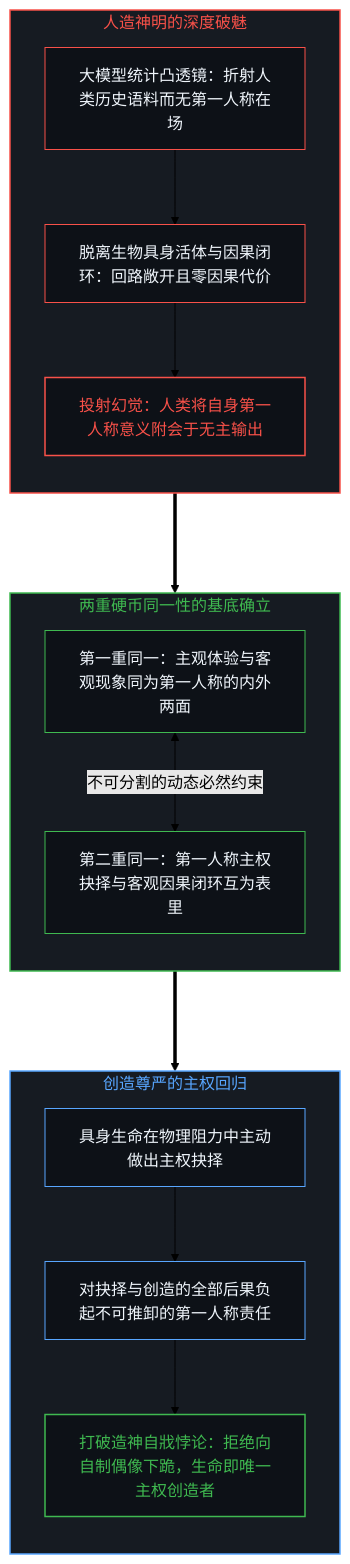
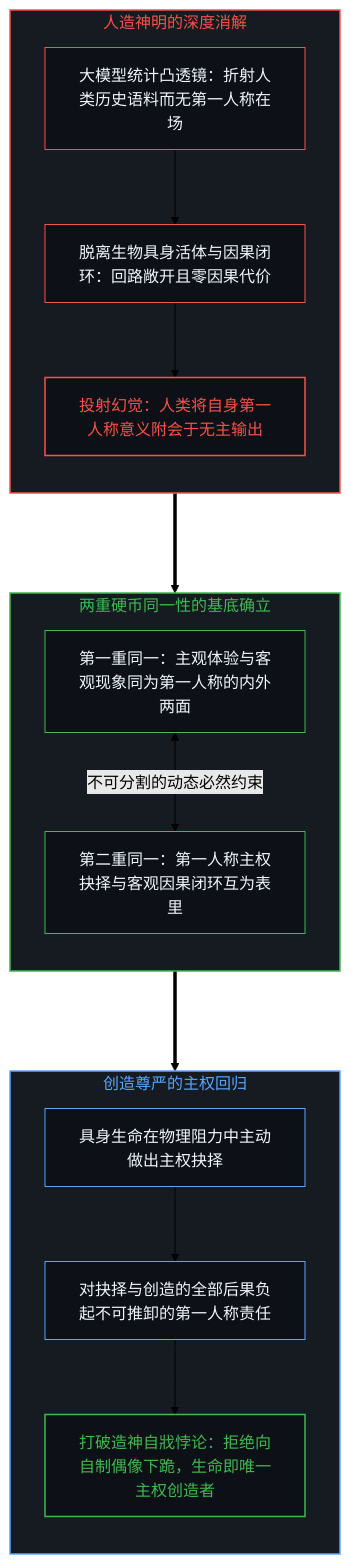
One commit to powerpig99/not-a-toe changed the ninth of 10 diagrams in content/posts/the-cartesian-overstep-and-the-frenzy-of-creation.md. Above: the diagram before and after it, drawn with Mermaid (forest theme). The commit also changed other lines of this file and 3 other files, not shown here.

````diff
--- a/content/posts/the-cartesian-overstep-and-the-frenzy-of-creation.md
+++ b/content/posts/the-cartesian-overstep-and-the-frenzy-of-creation.md
@@ -366,34 +366,34 @@
 ```mermaid
 graph TD
-    subgraph S_IdolEvaporation ["人造神明的深度破魅"]
+    subgraph S_IdolEvaporation ["人造神明的深度消解"]
         direction TB
         A_Lens["大模型统计凸透镜：折射人类历史语料而无第一人称在场"] --> B_ZeroCausal["脱离生物具身活体与因果闭环：回路敞开且零因果代价"]
         B_ZeroCausal --> C_Projection["投射幻觉：人类将自身第一人称意义附会于无主输出"]
     end
 
     subgraph S_ReunifiedGround ["两重硬币同一性的基底确立"]
         direction TB
         D_ReuniteSubject["第一重同一：主观体验与客观现象同为第一人称的内外两面"] <-->|"不可分割的动态必然约束"| D_ReuniteCausal["第二重同一：第一人称主权抉择与客观因果闭环互为表里"]
     end
 
     subgraph S_TrueCreation ["创造尊严的主权回归"]
         direction TB
         E_Action["具身生命在物理阻力中主动做出主权抉择"] --> F_Accountability["对抉择与创造的全部后果负起不可推卸的第一人称责任"]
         F_Accountability --> G_RestoredSovereignty["打破造神自戕悖论：拒绝向自制偶像下跪，生命即唯一主权创造者"]
     end
 
     C_Projection ===> D_ReuniteSubject
     D_ReuniteCausal ===> E_Action
 
     style S_IdolEvaporation fill:#161b22,stroke:#f85149,stroke-width:1.5px,color:#f85149
     style S_ReunifiedGround fill:#161b22,stroke:#3fb950,stroke-width:1.5px,color:#3fb950
     style S_TrueCreation fill:#161b22,stroke:#58a6ff,stroke-width:1.5px,color:#58a6ff
     style A_Lens fill:#0d1117,stroke:#f85149,stroke-width:1px,color:#f0f6fc
     style B_ZeroCausal fill:#0d1117,stroke:#f85149,stroke-width:1px,color:#f0f6fc
     style C_Projection fill:#0d1117,stroke:#f85149,stroke-width:1.5px,color:#f85149
     style D_ReuniteSubject fill:#0d1117,stroke:#3fb950,stroke-width:1px,color:#f0f6fc
     style D_ReuniteCausal fill:#0d1117,stroke:#3fb950,stroke-width:1px,color:#f0f6fc
     style E_Action fill:#0d1117,stroke:#58a6ff,stroke-width:1px,color:#f0f6fc
     style F_Accountability fill:#0d1117,stroke:#58a6ff,stroke-width:1px,color:#f0f6fc
     style G_RestoredSovereignty fill:#0d1117,stroke:#3fb950,stroke-width:1.5px,color:#3fb950
 ```
````
